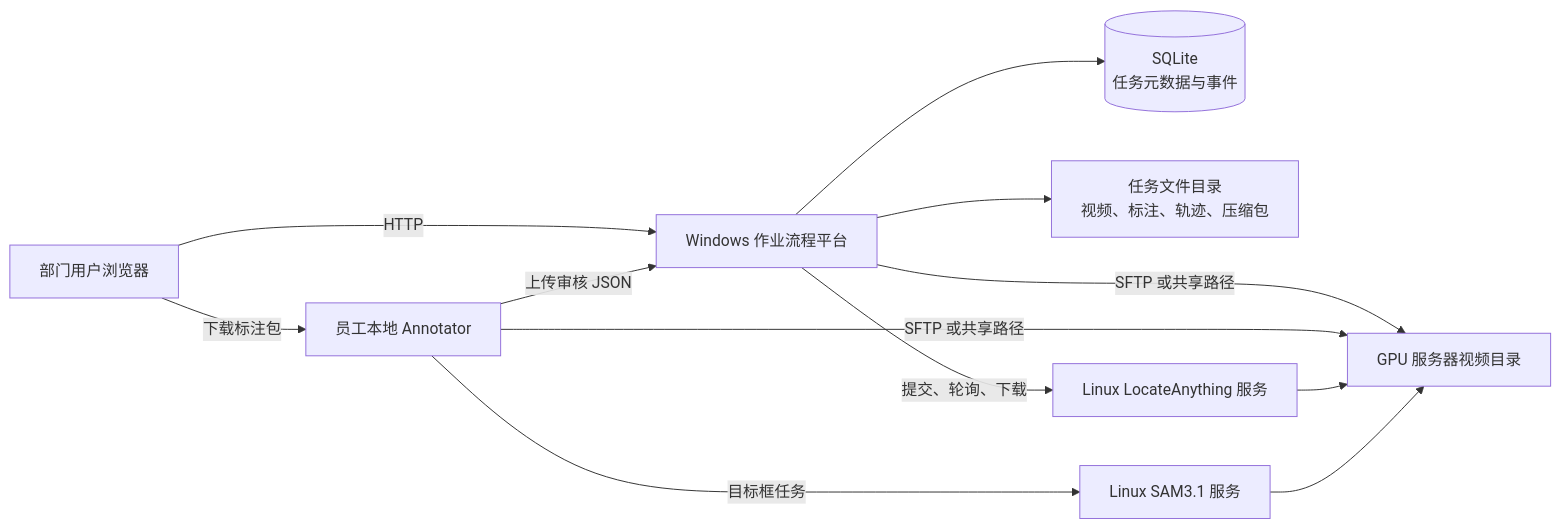
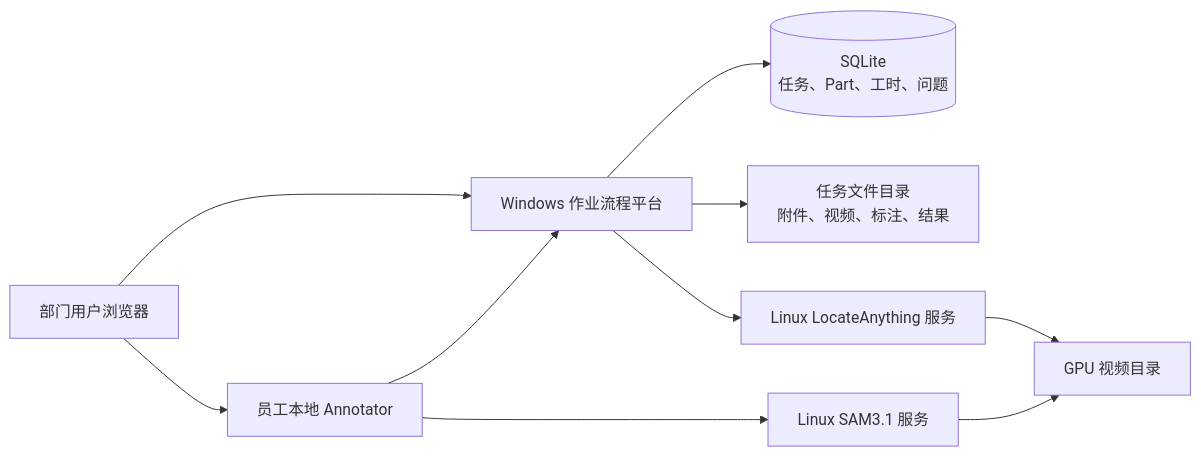
The fourth of 6 diagrams in docs/platform-capabilities.md (JasenZ2000/VideoAnnotate), drawn with Mermaid before and after one commit. The commit also changed other lines of this file and 12 other files, not shown here.

````diff
--- a/docs/platform-capabilities.md
+++ b/docs/platform-capabilities.md
@@ -75,16 +108,12 @@
 ```mermaid
 flowchart LR
-    Browser["部门用户浏览器"] -->|"HTTP"| Platform["Windows 作业流程平台"]
-    Platform --> DB[("SQLite<br/>任务元数据与事件")]
-    Platform --> Files["任务文件目录<br/>视频、标注、轨迹、压缩包"]
-    Platform -->|"提交、轮询、下载"| Locate["Linux LocateAnything 服务"]
-    Platform -->|"SFTP 或共享路径"| GPUFiles["GPU 服务器视频目录"]
-
-    Browser -->|"下载标注包"| Local["员工本地 Annotator"]
-    Local -->|"目标框任务"| SAM["Linux SAM3.1 服务"]
-    Local -->|"SFTP 或共享路径"| GPUFiles
-    Local -->|"上传审核 JSON"| Platform
-
-    Locate --> GPUFiles
+    Browser["部门用户浏览器"] --> Platform["Windows 作业流程平台"]
+    Platform --> DB[("SQLite<br/>任务、Part、工时、问题")]
+    Platform --> Files["任务文件目录<br/>附件、视频、标注、结果"]
+    Platform --> Locate["Linux LocateAnything 服务"]
+    Browser --> Local["员工本地 Annotator"]
+    Local --> SAM["Linux SAM3.1 服务"]
+    Local --> Platform
+    Locate --> GPUFiles["GPU 视频目录"]
     SAM --> GPUFiles
 ```
````
